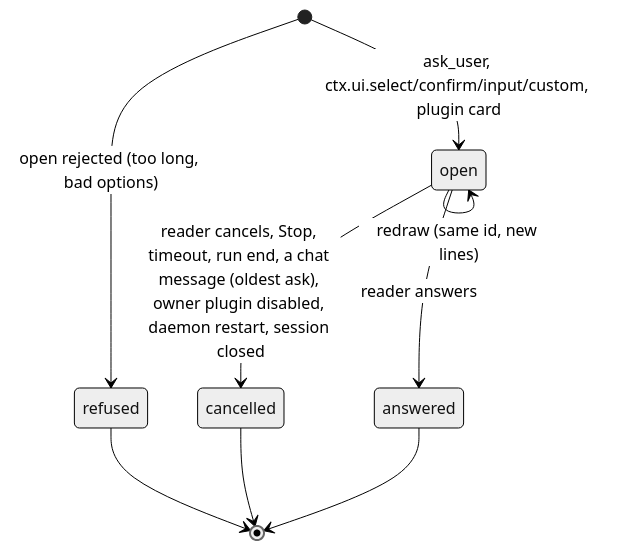
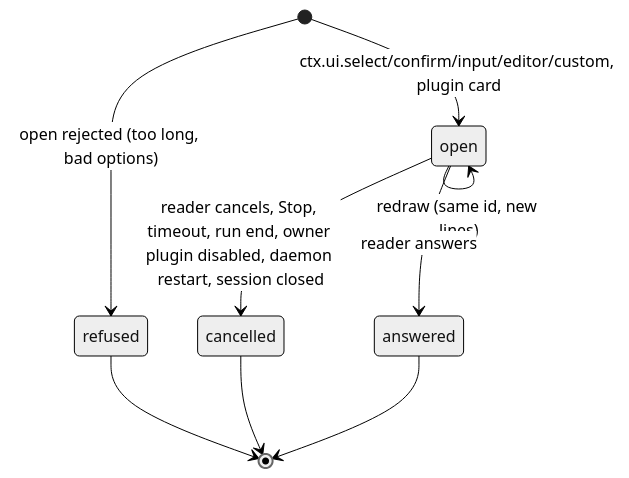
One commit to Gang-of-Beads/pi-web changed the second of 17 diagrams in docs/design/state-diagram.md. Above: the diagram before and after it, drawn with Mermaid (neutral theme). The commit also changed other lines of this file and 95 other files, not shown here.

````diff
--- a/docs/design/state-diagram.md
+++ b/docs/design/state-diagram.md
@@ -154,11 +154,11 @@
 ```mermaid
 stateDiagram-v2
     [*] --> refused: open rejected (too long, bad options)
-    [*] --> open: ask_user, ctx.ui.select/confirm/input/custom, plugin card
+    [*] --> open: ctx.ui.select/confirm/input/editor/custom, plugin card
     open --> open: redraw (same id, new lines)
     open --> answered: reader answers
-    open --> cancelled: reader cancels, Stop, timeout, run end, a chat message (oldest ask), owner plugin disabled, daemon restart, session closed
+    open --> cancelled: reader cancels, Stop, timeout, run end, owner plugin disabled, daemon restart, session closed
     answered --> [*]
     cancelled --> [*]
     refused --> [*]
 ```
````
